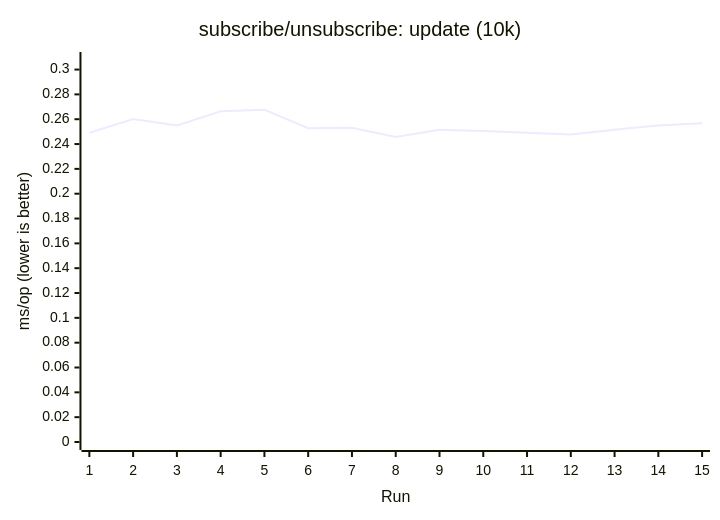
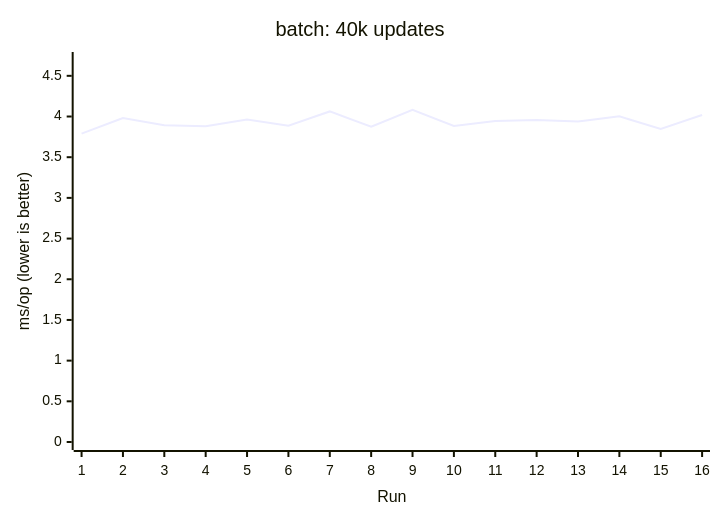
Diagram 13 of 17 in apps/docs/src/content/docs/en/guides/benchmark.mdx (AIluffy/io), drawn with Mermaid before and after one commit. The commit also changed other lines of this file and 25 other files, not shown here.

````diff
--- a/apps/docs/src/content/docs/en/guides/benchmark.mdx
+++ b/apps/docs/src/content/docs/en/guides/benchmark.mdx
@@ -371,7 +360,7 @@
 ```mermaid
 xychart-beta
-  title "subscribe/unsubscribe: update (10k)"
-  x-axis "Run" [1, 2, 3, 4, 5, 6, 7, 8, 9, 10, 11, 12, 13, 14, 15]
-  y-axis "ms/op (lower is better)" 0 --> 0.3077
-  line [0.2491, 0.2601, 0.2549, 0.2664, 0.2676, 0.2528, 0.2531, 0.2456, 0.2515, 0.2505, 0.2491, 0.2476, 0.2516, 0.255, 0.2567]
+  title "batch: 40k updates"
+  x-axis "Run" [1, 2, 3, 4, 5, 6, 7, 8, 9, 10, 11, 12, 13, 14, 15, 16]
+  y-axis "ms/op (lower is better)" 0 --> 4.6945
+  line [3.7899, 3.981, 3.8937, 3.8797, 3.9636, 3.8868, 4.0624, 3.8737, 4.0822, 3.883, 3.9448, 3.958, 3.9387, 4.0018, 3.8479, 4.0189]
 ```
````
